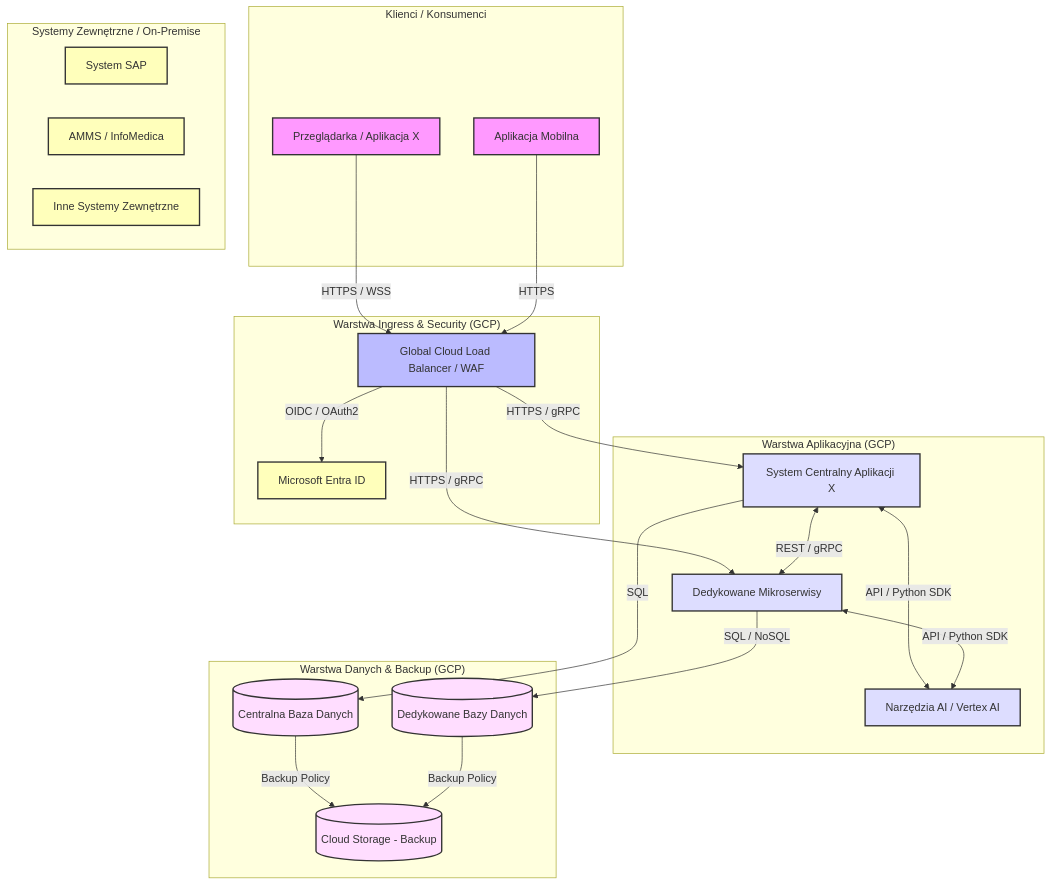
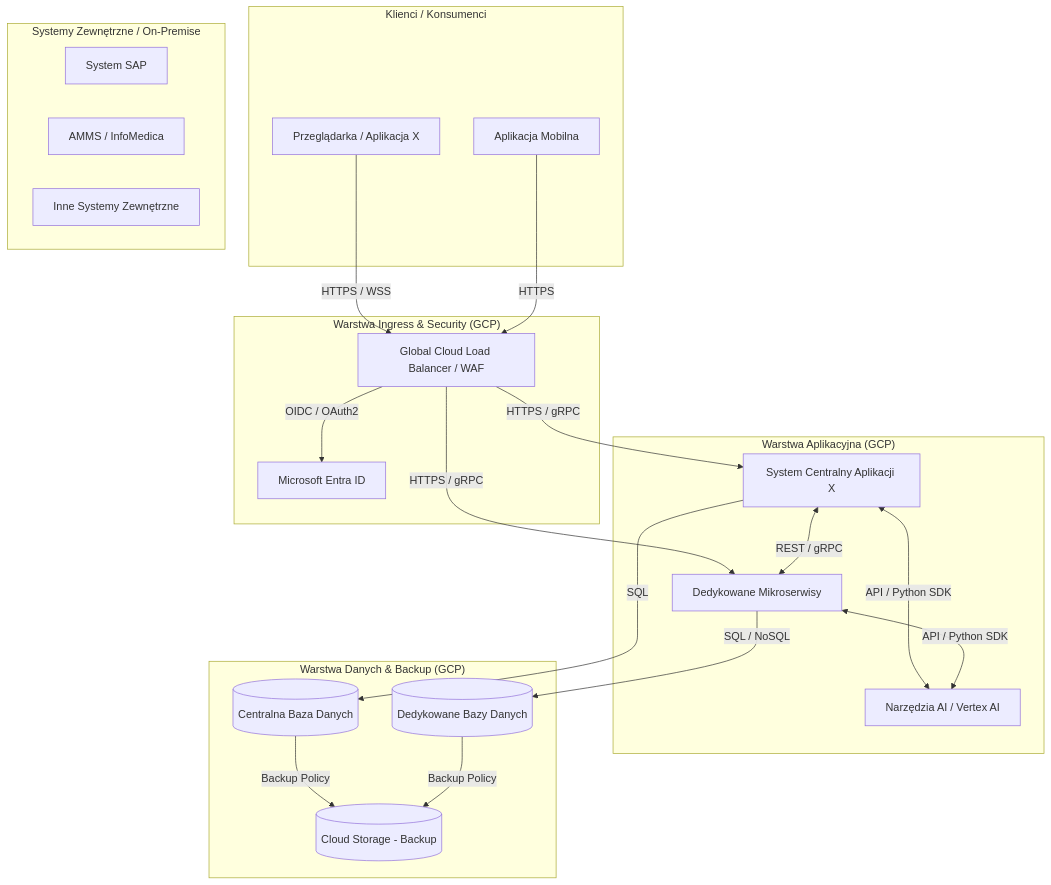
The first of 2 diagrams in infrastruktura-hld-lld-example.md (mtum00-dev01/demo), drawn with Mermaid before and after one commit.

Commit message:
Remove style definitions from Mermaid graph
Removed style definitions from the Mermaid graph.

````diff
--- a/infrastruktura-hld-lld-example.md
+++ b/infrastruktura-hld-lld-example.md
@@ -3,66 +3,60 @@
 ```mermaid
 
 graph TD
-    %% Definicja stylów
-    classDef userStyle fill:#f9f,stroke:#333,stroke-width:2px;
-    classDef ingressStyle fill:#bbf,stroke:#333,stroke-width:2px;
-    classDef appStyle fill:#ddf,stroke:#333,stroke-width:2px;
-    classDef dataStyle fill:#fdf,stroke:#333,stroke-width:2px;
-    classDef extStyle fill:#ffb,stroke:#333,stroke-width:2px;
 
     %% Klienci
     subgraph "Klienci / Konsumenci"
         Web[Przeglądarka / Aplikacja X]
         Mobile[Aplikacja Mobilna]
     end
     class Web,Mobile userStyle;
 
     %% Warstwa Brzegowa
     subgraph "Warstwa Ingress & Security (GCP)"
         LB[Global Cloud Load Balancer / WAF]
         Entra[Microsoft Entra ID]
     end
     class LB ingressStyle;
     class Entra extStyle;
 
     %% Warstwa Aplikacyjna
     subgraph "Warstwa Aplikacyjna (GCP)"
         Core[System Centralny Aplikacji X]
         MS[Dedykowane Mikroserwisy]
         AI[Narzędzia AI / Vertex AI]
     end
     class Core,MS,AI appStyle;
 
     %% Warstwa Danych
     subgraph "Warstwa Danych & Backup (GCP)"
         DB_Centr[(Centralna Baza Danych)]
         DB_Ded[(Dedykowane Bazy Danych)]
         BKP[(Cloud Storage - Backup)]
     end
     class DB_Centr,DB_Ded,BKP dataStyle;
 
     %% Systemy Zewnętrzne
     subgraph "Systemy Zewnętrzne / On-Premise"
         SAP[System SAP]
         AMMS[AMMS / InfoMedica]
         ExtSys[Inne Systemy Zewnętrzne]
     end
     class SAP,AMMS,ExtSys extStyle;
 
     %% Relacje i komunikacja
     Web -->|HTTPS / WSS| LB
     Mobile -->|HTTPS| LB
     LB -->|OIDC / OAuth2| Entra
     LB -->|HTTPS / gRPC| Core
     LB -->|HTTPS / gRPC| MS
     
     Core <-->|REST / gRPC| MS
     Core <-->|API / Python SDK| AI
     MS <-->|API / Python SDK| AI
     
     Core -->|SQL| DB_Centr
     MS -->|SQL / NoSQL| DB_Ded
     
     DB_Centr -->|Backup Policy| BKP
     DB_Ded -->|Backup Policy| BKP
 ```
````
